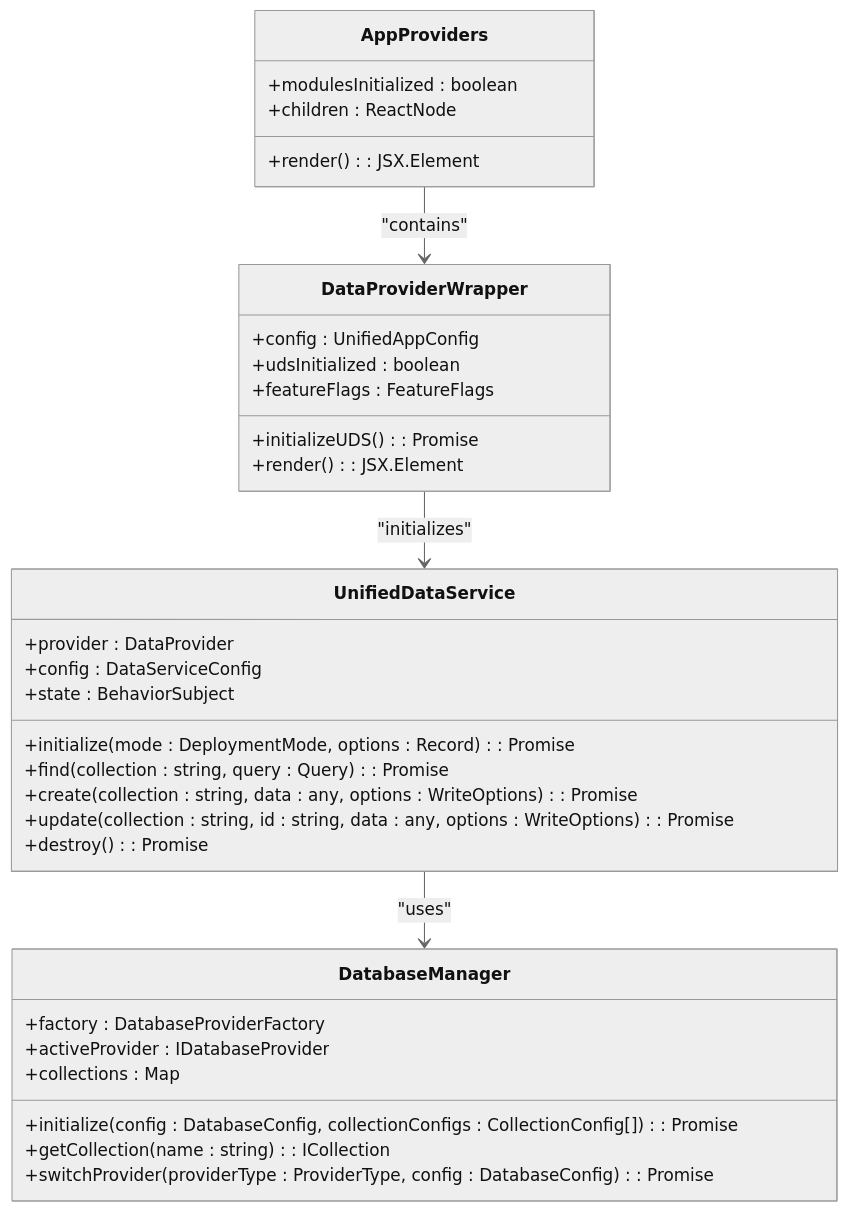
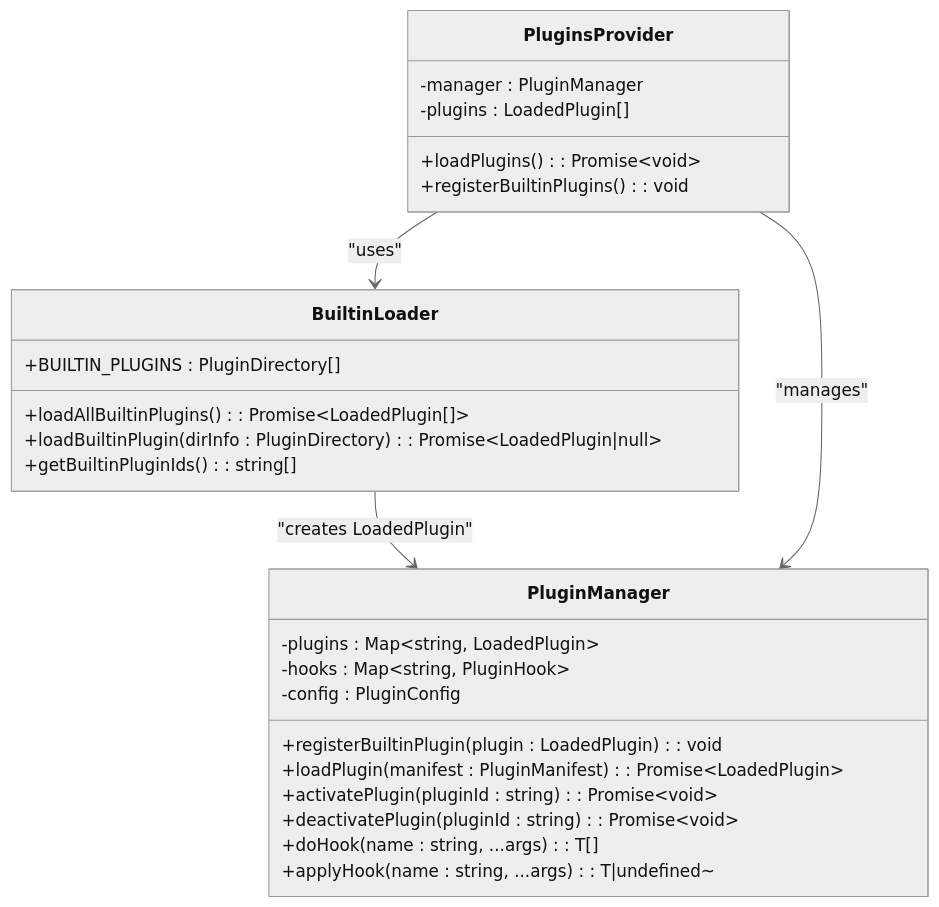
One commit to geniusdynamics/schoolpilot changed the fourth of 8 diagrams in .qoder/repowiki/en/content/Architecture Overview/Architecture Overview.md. Above: the diagram before and after it, drawn with Mermaid (neutral theme). The commit also changed other lines of this file and 12 other files, not shown here.

````diff
--- a/.qoder/repowiki/en/content/Architecture Overview/Architecture Overview.md
+++ b/.qoder/repowiki/en/content/Architecture Overview/Architecture Overview.md
@@ -265,36 +377,29 @@
 ```mermaid
 classDiagram
-class AppProviders {
-+modulesInitialized : boolean
-+children : ReactNode
-+render() : JSX.Element
+class BuiltinLoader {
++BUILTIN_PLUGINS : PluginDirectory[]
++loadAllBuiltinPlugins() : Promise~LoadedPlugin[]~
++loadBuiltinPlugin(dirInfo : PluginDirectory) : Promise~LoadedPlugin|null~
++getBuiltinPluginIds() : string[]
 }
-class DataProviderWrapper {
-+config : UnifiedAppConfig
-+udsInitialized : boolean
-+featureFlags : FeatureFlags
-+initializeUDS() : Promise<void>
-+render() : JSX.Element
+class PluginManager {
+-plugins : Map~string, LoadedPlugin~
+-hooks : Map~string, PluginHook~
+-config : PluginConfig
++registerBuiltinPlugin(plugin : LoadedPlugin) : void
++loadPlugin(manifest : PluginManifest) : Promise~LoadedPlugin~
++activatePlugin(pluginId : string) : Promise~void~
++deactivatePlugin(pluginId : string) : Promise~void~
++doHook(name : string, ...args) : T[]
++applyHook(name : string, ...args) : T|undefined~
 }
-class UnifiedDataService {
-+provider : DataProvider
-+config : DataServiceConfig
-+state : BehaviorSubject
-+initialize(mode : DeploymentMode, options : Record) : Promise<void>
-+find(collection : string, query : Query) : Promise<PaginatedResult>
-+create(collection : string, data : any, options : WriteOptions) : Promise<any>
-+update(collection : string, id : string, data : any, options : WriteOptions) : Promise<any>
-+destroy() : Promise<void>
+class PluginsProvider {
+-manager : PluginManager
+-plugins : LoadedPlugin[]
++loadPlugins() : Promise~void~
++registerBuiltinPlugins() : void
 }
-class DatabaseManager {
-+factory : DatabaseProviderFactory
-+activeProvider : IDatabaseProvider
-+collections : Map
-+initialize(config : DatabaseConfig, collectionConfigs : CollectionConfig[]) : Promise<void>
-+getCollection(name : string) : ICollection
-+switchProvider(providerType : ProviderType, config : DatabaseConfig) : Promise<void>
-}
-AppProviders --> DataProviderWrapper : "contains"
-DataProviderWrapper --> UnifiedDataService : "initializes"
-UnifiedDataService --> DatabaseManager : "uses"
+BuiltinLoader --> PluginManager : "creates LoadedPlugin"
+PluginsProvider --> PluginManager : "manages"
+PluginsProvider --> BuiltinLoader : "uses"
 ```
````
